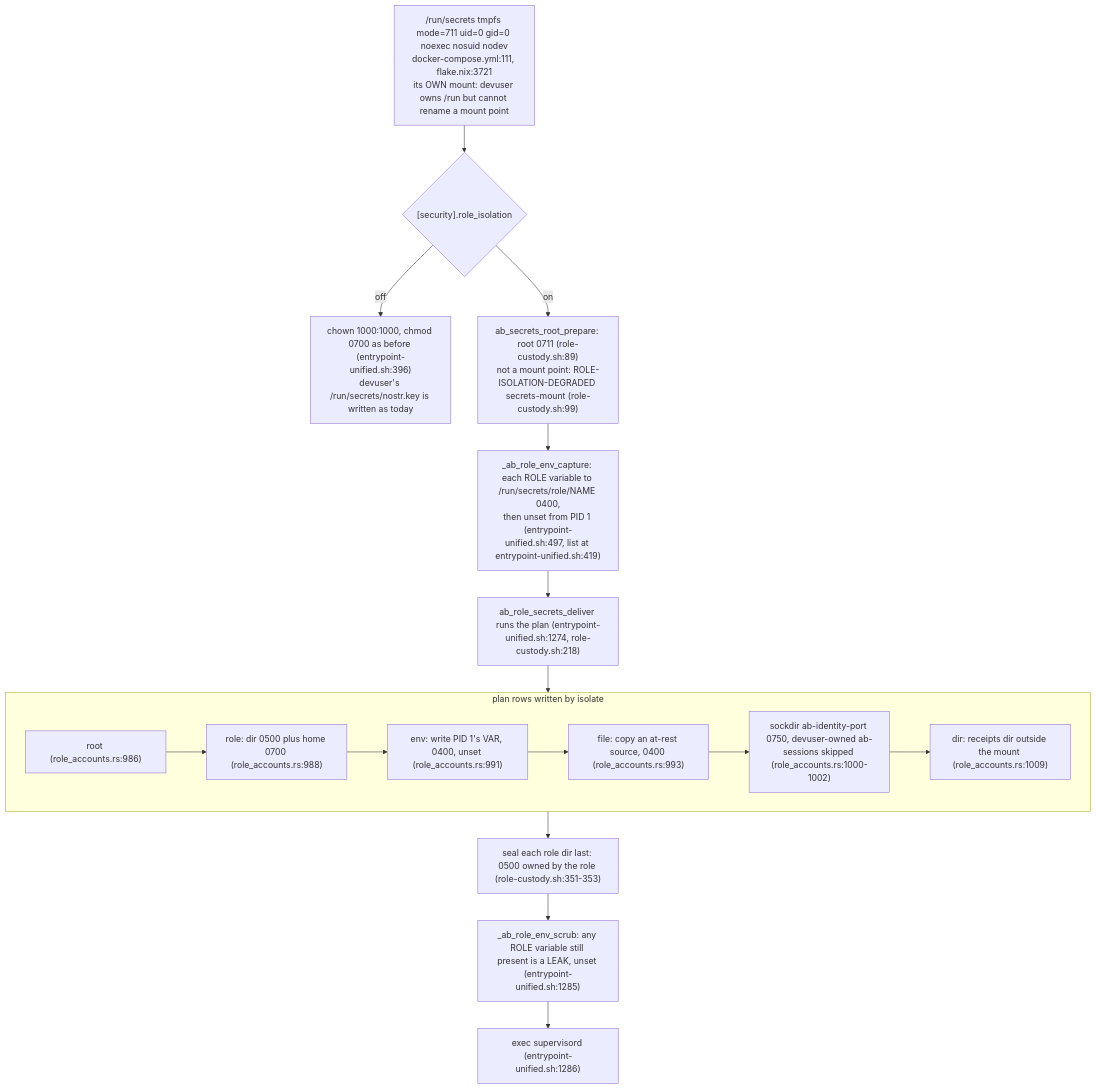
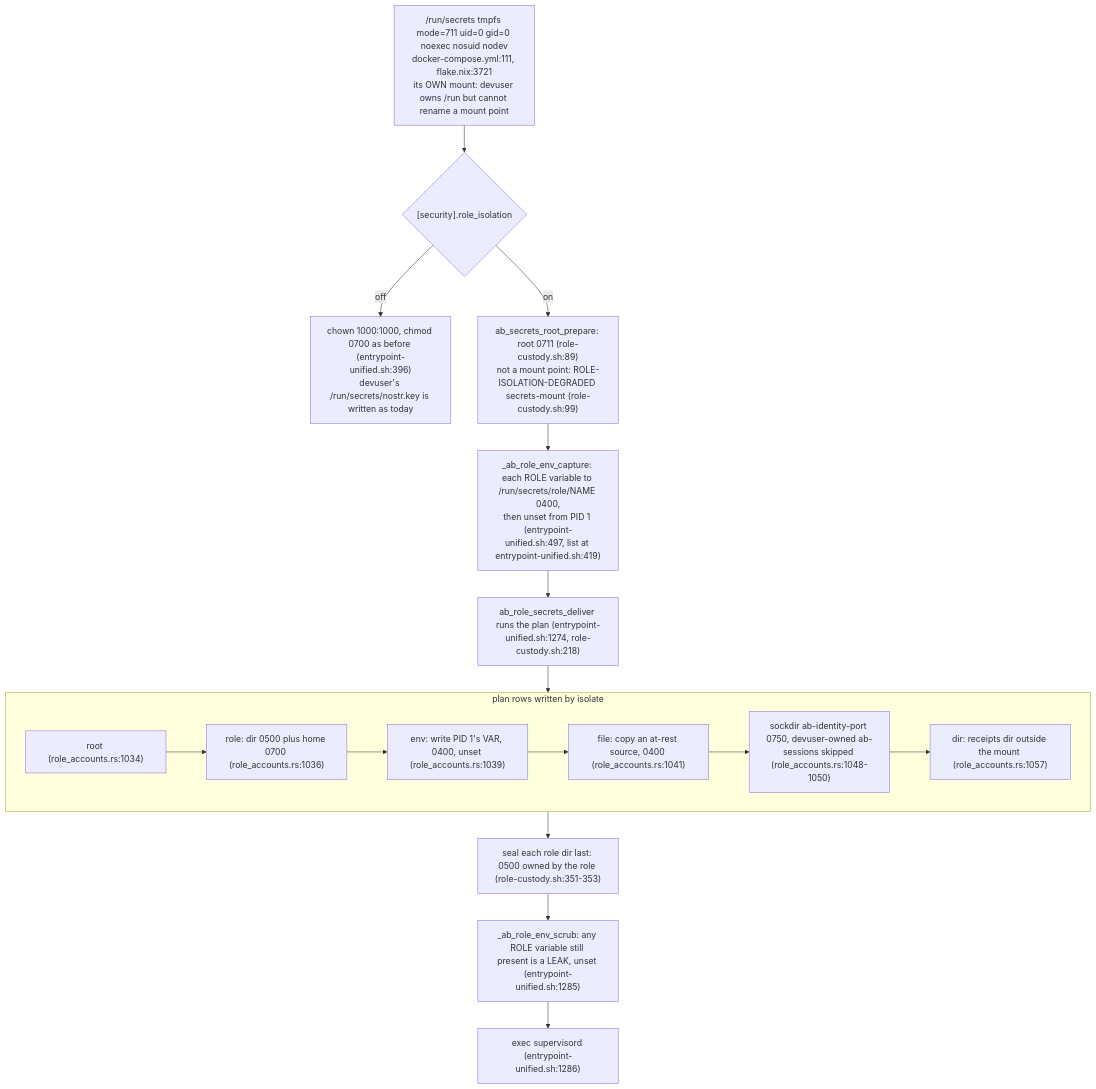
One commit to DreamLab-AI/VisionFlow changed the third of 7 diagrams in docs/diagrams/agentbox/36-role-isolation-and-identity-port.md. Above: the diagram before and after it, drawn with Mermaid. The commit also changed other lines of this file and 151 other files, not shown here.

````diff
--- a/docs/diagrams/agentbox/36-role-isolation-and-identity-port.md
+++ b/docs/diagrams/agentbox/36-role-isolation-and-identity-port.md
@@ -121,22 +121,22 @@
 ```mermaid
 flowchart TB
     MNT["/run/secrets tmpfs mode=711 uid=0 gid=0 noexec nosuid nodev<br/>docker-compose.yml:111, flake.nix:3721<br/>its OWN mount: devuser owns /run but cannot rename a mount point"]
     MNT --> MODE{"[security].role_isolation"}
     MODE -->|"off"| OFF["chown 1000:1000, chmod 0700 as before (entrypoint-unified.sh:396)<br/>devuser's /run/secrets/nostr.key is written as today"]
     MODE -->|"on"| PREP["ab_secrets_root_prepare: root 0711 (role-custody.sh:89)<br/>not a mount point: ROLE-ISOLATION-DEGRADED secrets-mount (role-custody.sh:99)"]
     PREP --> CAP["_ab_role_env_capture: each ROLE variable to /run/secrets/role/NAME 0400,<br/>then unset from PID 1 (entrypoint-unified.sh:497, list at entrypoint-unified.sh:419)"]
     CAP --> DEL["ab_role_secrets_deliver runs the plan (entrypoint-unified.sh:1274, role-custody.sh:218)"]
     subgraph PLAN["plan rows written by isolate"]
-        P1["root (role_accounts.rs:986)"]
-        P2["role: dir 0500 plus home 0700 (role_accounts.rs:988)"]
-        P3["env: write PID 1's VAR, 0400, unset (role_accounts.rs:991)"]
-        P4["file: copy an at-rest source, 0400 (role_accounts.rs:993)"]
-        P5["sockdir ab-identity-port 0750, devuser-owned ab-sessions skipped (role_accounts.rs:1000-1002)"]
-        P6["dir: receipts dir outside the mount (role_accounts.rs:1009)"]
+        P1["root (role_accounts.rs:1034)"]
+        P2["role: dir 0500 plus home 0700 (role_accounts.rs:1036)"]
+        P3["env: write PID 1's VAR, 0400, unset (role_accounts.rs:1039)"]
+        P4["file: copy an at-rest source, 0400 (role_accounts.rs:1041)"]
+        P5["sockdir ab-identity-port 0750, devuser-owned ab-sessions skipped (role_accounts.rs:1048-1050)"]
+        P6["dir: receipts dir outside the mount (role_accounts.rs:1057)"]
         P1 --> P2 --> P3 --> P4 --> P5 --> P6
     end
     DEL --> PLAN
     PLAN --> SEAL["seal each role dir last: 0500 owned by the role (role-custody.sh:351-353)"]
     SEAL --> SCRUB["_ab_role_env_scrub: any ROLE variable still present is a LEAK, unset (entrypoint-unified.sh:1285)"]
     SCRUB --> X["exec supervisord (entrypoint-unified.sh:1286)"]
 ```
````
